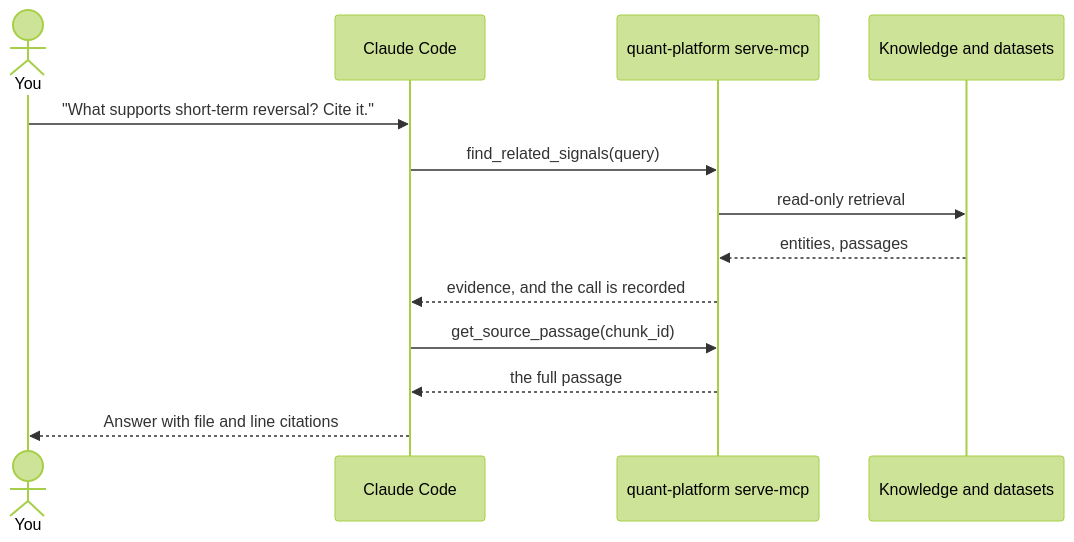
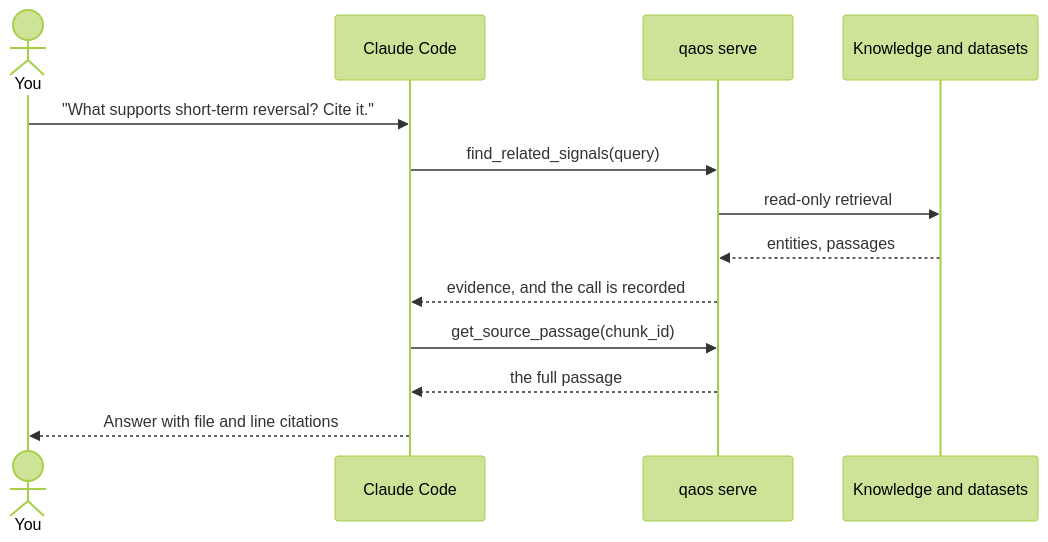
The eighth of 12 diagrams in docs/tutorial.md (yuxuzi/quant-agent-os), drawn with Mermaid (forest theme) before and after one commit. The commit also changed other lines of this file and 18 other files, not shown here.

````diff
--- a/docs/tutorial.md
+++ b/docs/tutorial.md
@@ -585,15 +585,15 @@
 ```mermaid
 sequenceDiagram
     actor You
     participant Claude as Claude Code
-    participant Server as quant-platform serve-mcp
+    participant Server as qaos serve
     participant Store as Knowledge and datasets
     You->>Claude: "What supports short-term reversal? Cite it."
     Claude->>Server: find_related_signals(query)
     Server->>Store: read-only retrieval
     Store-->>Server: entities, passages
     Server-->>Claude: evidence, and the call is recorded
     Claude->>Server: get_source_passage(chunk_id)
     Server-->>Claude: the full passage
     Claude-->>You: Answer with file and line citations
 ```
````
